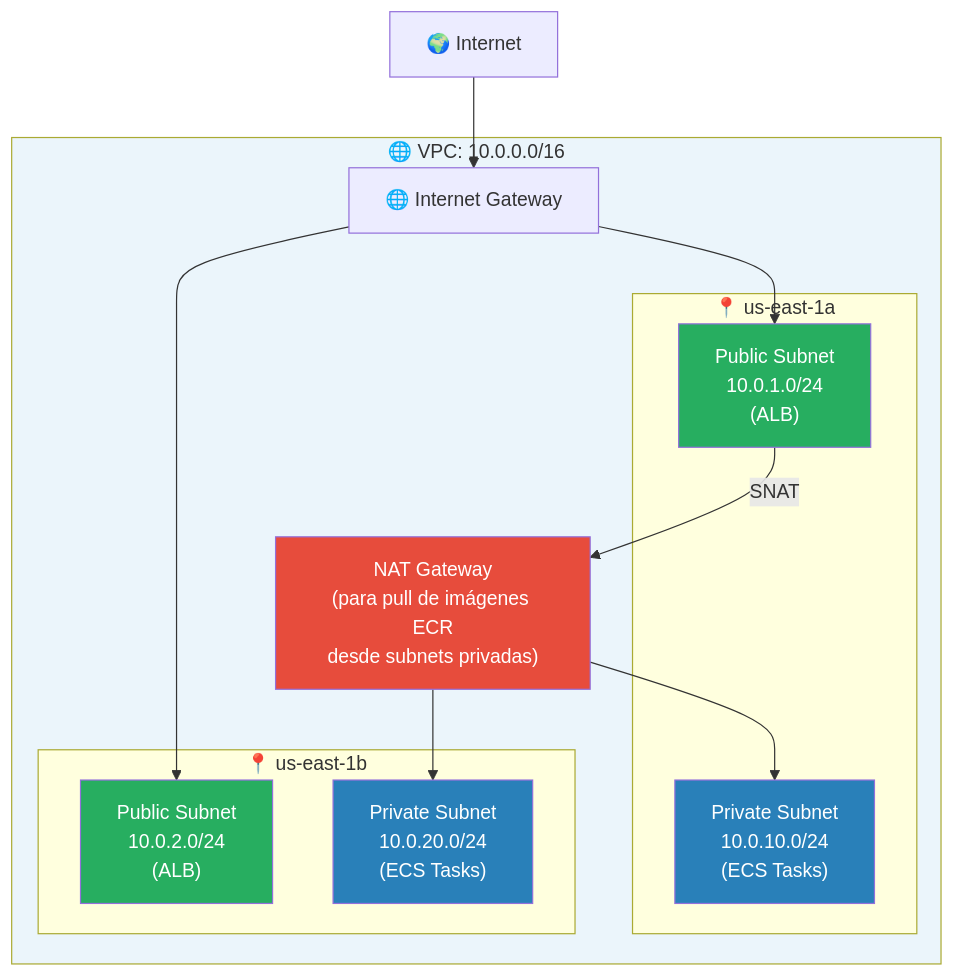
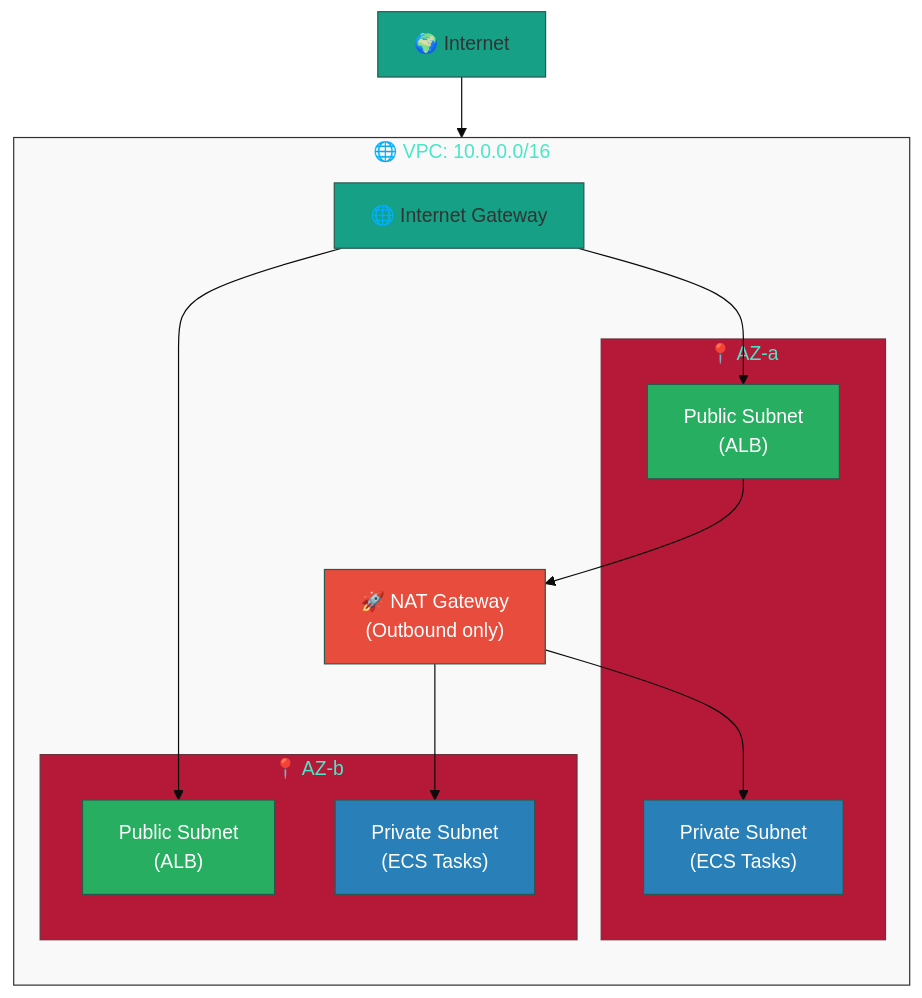
One commit to vladimiracunadev-create/proyectos-aws changed the fourth of 4 diagrams in caso-j-containers-ecs/docs/architecture.md. Above: the diagram before and after it, drawn with Mermaid. The commit also changed other lines of this file and 6 other files, not shown here.

Commit message:
docs: mass optimization of architecture diagrams for all completed cases (A, B, C, D, J, K, L) - vertical flow and premium styles

````diff
--- a/caso-j-containers-ecs/docs/architecture.md
+++ b/caso-j-containers-ecs/docs/architecture.md
@@ -132,29 +140,31 @@
 ```mermaid
+%%{init: {'theme': 'base', 'themeVariables': { 'primaryColor': '#16A085', 'fontsize': '16px' }}}%%
 graph TB
     subgraph VPC["🌐 VPC: 10.0.0.0/16"]
-        subgraph AZ_A["📍 us-east-1a"]
-            PubA["Public Subnet\n10.0.1.0/24\n(ALB)"]
-            PrivA["Private Subnet\n10.0.10.0/24\n(ECS Tasks)"]
+        direction TB
+        subgraph AZ_A["📍 AZ-a"]
+            PubA["Public Subnet\n(ALB)"]
+            PrivA["Private Subnet\n(ECS Tasks)"]
         end
-        subgraph AZ_B["📍 us-east-1b"]
-            PubB["Public Subnet\n10.0.2.0/24\n(ALB)"]
-            PrivB["Private Subnet\n10.0.20.0/24\n(ECS Tasks)"]
+        subgraph AZ_B["📍 AZ-b"]
+            PubB["Public Subnet\n(ALB)"]
+            PrivB["Private Subnet\n(ECS Tasks)"]
         end
         IGW["🌐 Internet Gateway"]
-        NAT["NAT Gateway\n(para pull de imágenes ECR\ndesde subnets privadas)"]
+        NAT["🚀 NAT Gateway\n(Outbound only)"]
     end
 
     Internet["🌍 Internet"] -->IGW
     IGW --> PubA
     IGW --> PubB
-    PubA -->|"SNAT"| NAT
+    PubA --> NAT
     NAT --> PrivA
     NAT --> PrivB
 
-    style VPC fill:#EBF5FB,color:#333
+    style VPC fill:#f9f9f9,stroke:#333
     style PubA fill:#27AE60,color:#fff
     style PubB fill:#27AE60,color:#fff
     style PrivA fill:#2980B9,color:#fff
     style PrivB fill:#2980B9,color:#fff
     style NAT fill:#E74C3C,color:#fff
 ```
````
